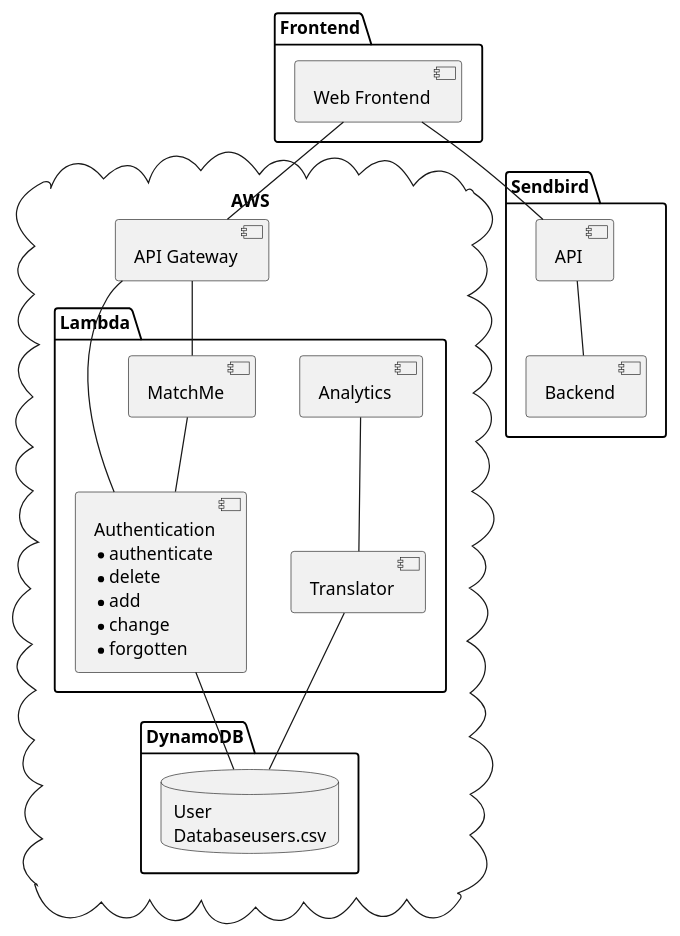
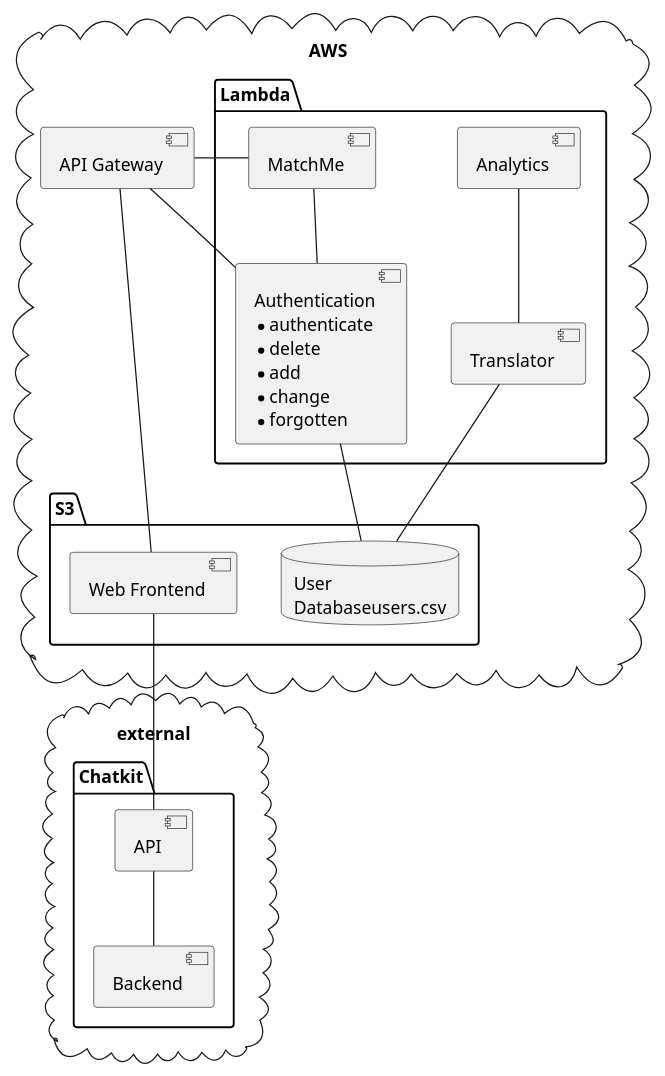
Before and after one commit to sceneo/matchmaking: the diagram in documentation/Overview.puml, drawn with PlantUML. The commit also changed 6 other files, not shown here.

```diff
--- a/documentation/Overview.puml
+++ b/documentation/Overview.puml
@@ -1,42 +1,42 @@
 @startuml
 
 cloud "AWS" {
 	
 	component "API Gateway" as api
-	
-	package "DynamoDB" {
+		
+	package "S3" {
+		component "Web Frontend" as web
 		database "User\nDatabaseusers.csv" as db
+
 	}
 	
 	package "Lambda" {
 		component "Authentication\n* authenticate\n* delete\n* add\n* change\n* forgotten" as auth
 		component "Analytics" as analytics
 		component "MatchMe" as matchme
 		component "Translator" as trans
 	}
 	auth -- db
 	matchme -- auth
 	trans -- db
 	analytics -- trans
 }
 
-package "Frontend" {
-	component "Web Frontend" as web
 
-}
-
-package "Sendbird" {
-	component "API" as apisendbird
-	component "Backend" as backend
-	
-	backend -u- apisendbird
+cloud external{
+	package "Chatkit" {
+		component "API" as apisendbird
+		component "Backend" as backend
+		
+		backend -u- apisendbird
+	}
 }
 
 
 
 web -d- api
 web -d- apisendbird
 api -d- matchme
 api -d- auth
 
 @enduml
```
